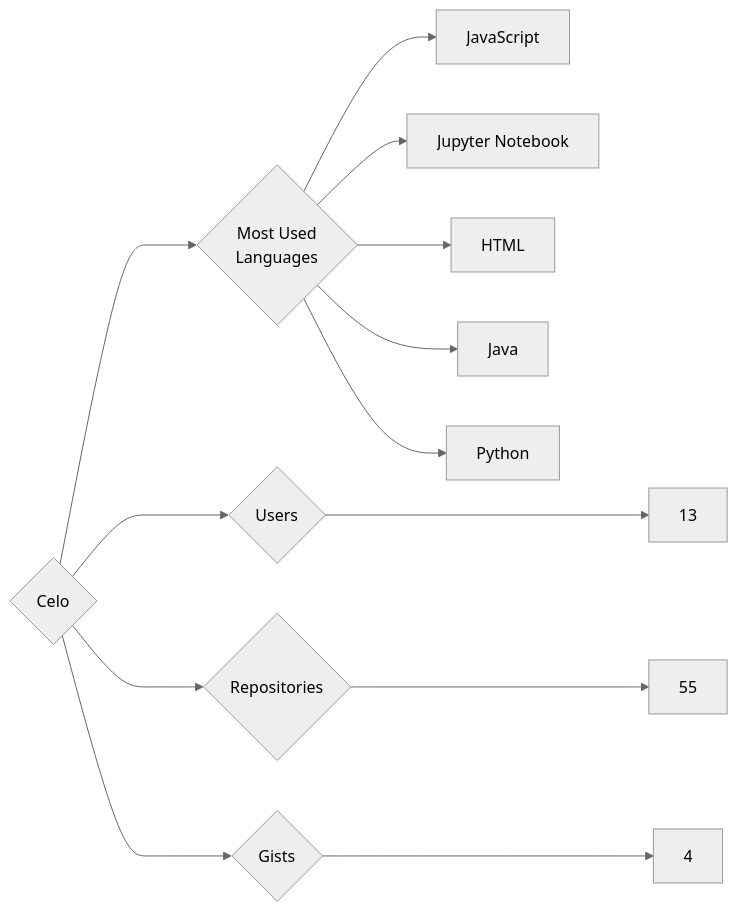
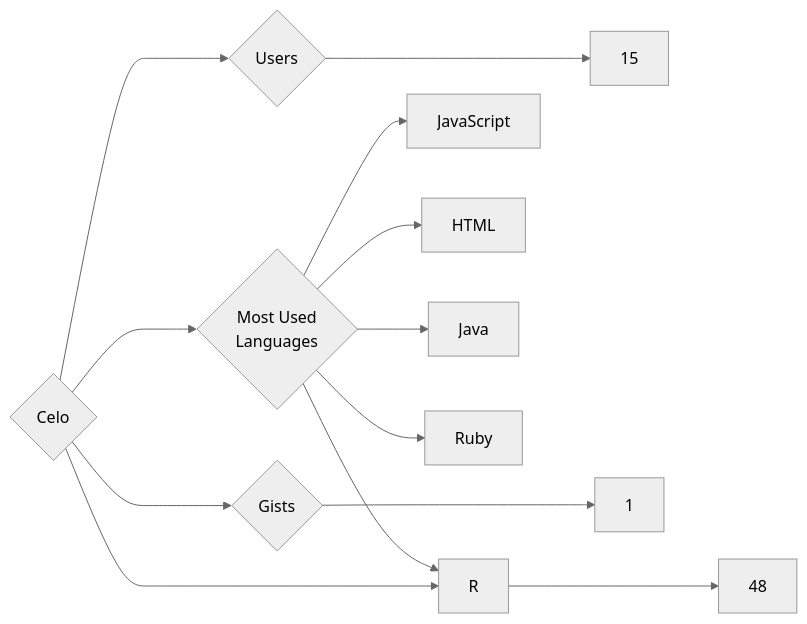
The diagram in targets/Celo/README.md (trickest/insiders), drawn with Mermaid (neutral theme) before and after one commit. The commit also changed 872 other files, not shown here.

````diff
--- a/targets/Celo/README.md
+++ b/targets/Celo/README.md
@@ -3,13 +3,13 @@
 ```mermaid
 graph LR
 COMPANY_NAME{Celo}
-COMPANY_NAME ---> U{Users} ---> UN[13]
-COMPANY_NAME ---> R{Repositories} ---> RN[55]
-COMPANY_NAME ---> G{Gists} ---> GN[4]
+COMPANY_NAME ---> U{Users} ---> UN[15]
+COMPANY_NAME ---> R{Repositories} ---> RN[48]
+COMPANY_NAME ---> G{Gists} ---> GN[1]
 COMPANY_NAME ---> ML{Most Used<br>Languages}
 ML --> JavaScript[JavaScript]
-ML --> Jupyter_Notebook[Jupyter Notebook]
 ML --> HTML[HTML]
 ML --> Java[Java]
-ML --> Python[Python]
+ML --> R[R]
+ML --> Ruby[Ruby]
 ```
````
